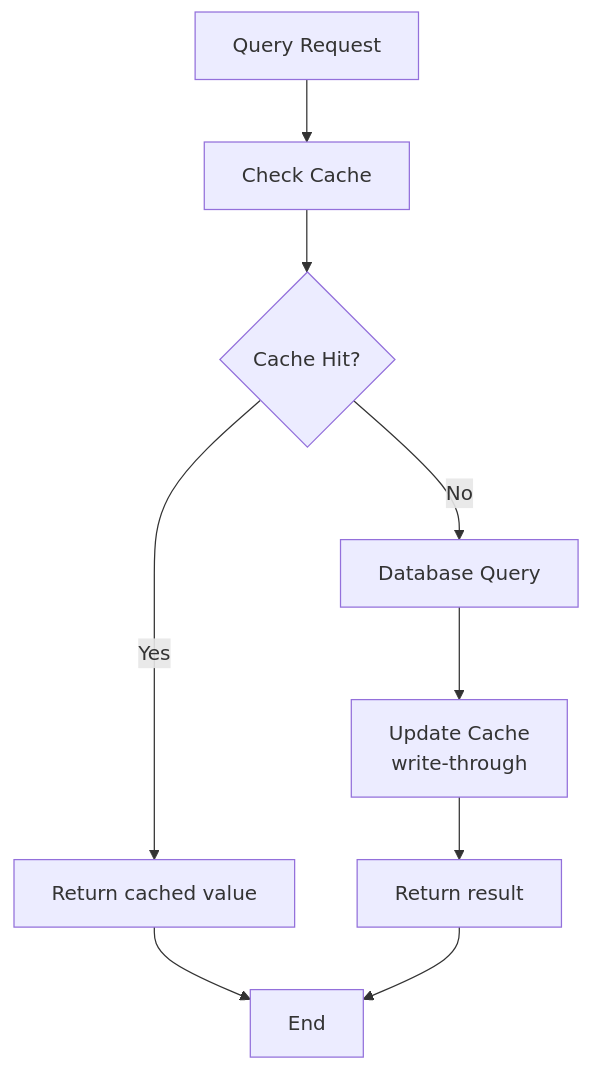
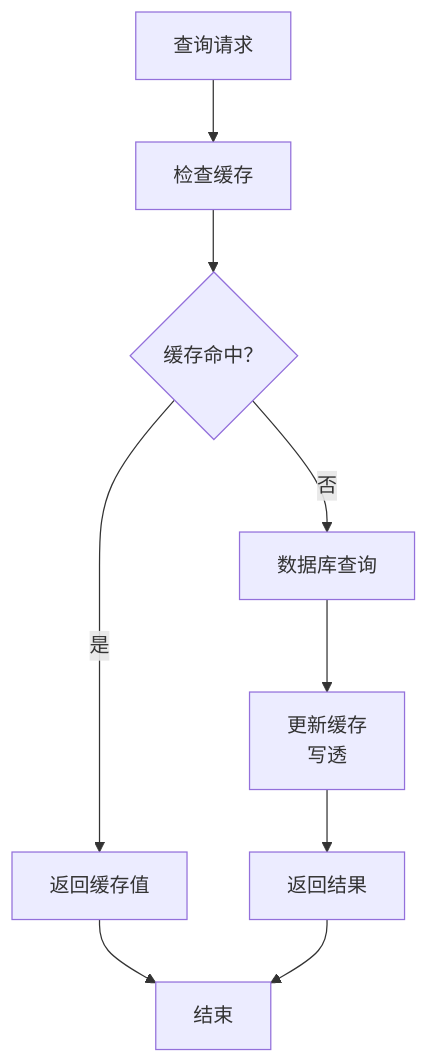
Before and after one commit to Kirky-X/dbnexus: diagram 14 of 15 in docs/ARCHITECTURE.md, drawn with Mermaid. The commit also changed other lines of this file and 2 other files, not shown here.

````diff
--- a/docs/ARCHITECTURE.md
+++ b/docs/ARCHITECTURE.md
@@ -868,14 +868,14 @@
 ```mermaid
 flowchart TD
-    Start[Query Request] --> CheckCache[Check Cache]
+    Start[查询请求] --> CheckCache[检查缓存]
 
-    CheckCache --> Hit{Cache Hit?}
-    Hit -->|Yes| ReturnCached[Return cached value]
-    Hit -->|No| DBQuery[Database Query]
+    CheckCache --> Hit{缓存命中？}
+    Hit -->|是| ReturnCached[返回缓存值]
+    Hit -->|否| DBQuery[数据库查询]
 
-    DBQuery --> UpdateCache[Update Cache<br/>write-through]
-    UpdateCache --> ReturnDB[Return result]
+    DBQuery --> UpdateCache[更新缓存<br/>写透]
+    UpdateCache --> ReturnDB[返回结果]
 
-    ReturnCached --> End[End]
+    ReturnCached --> End[结束]
     ReturnDB --> End
 ```
````
